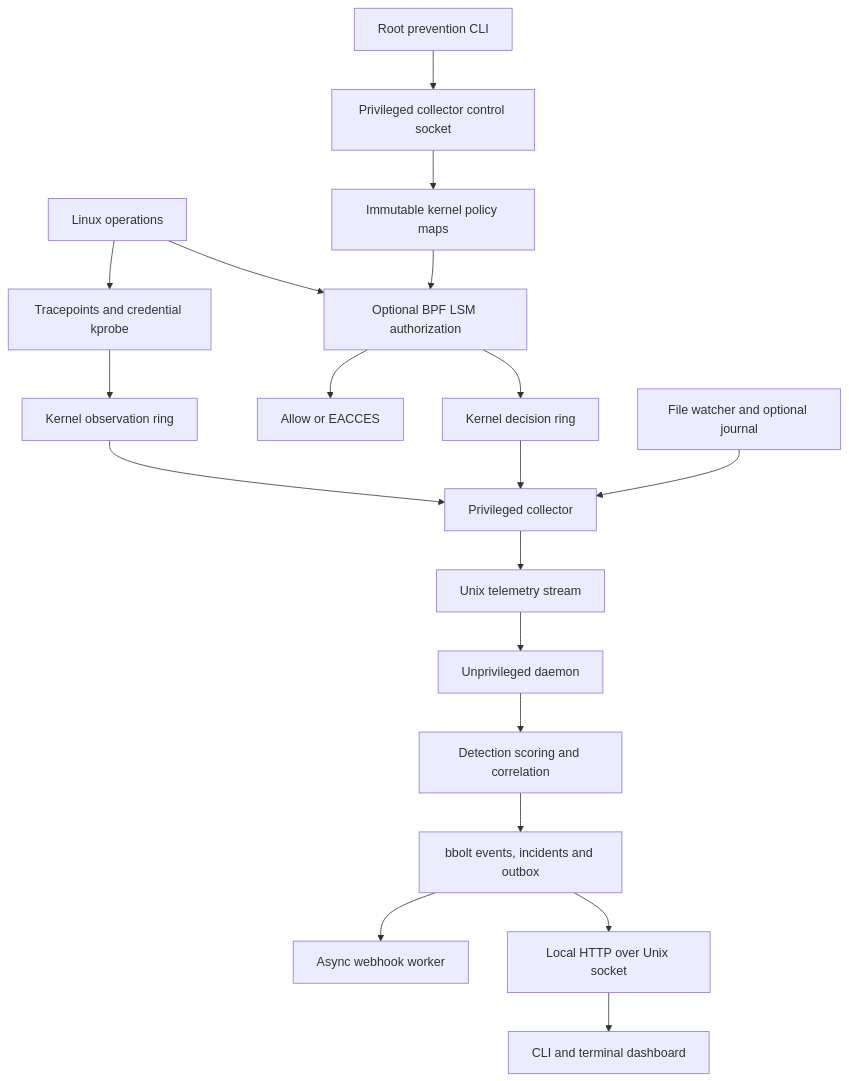
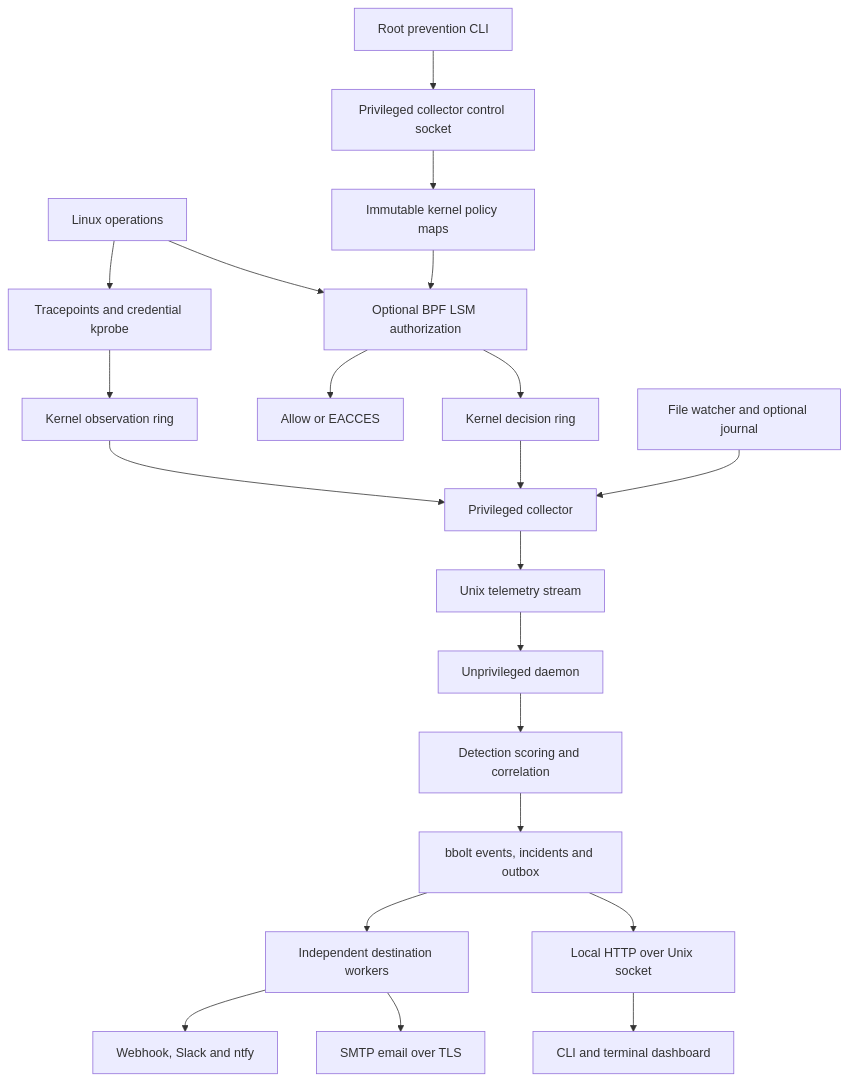
Before and after one commit to merl111/RINLock-docs: the diagram in site/docs/architecture.md, drawn with Mermaid. The commit also changed other lines of this file and 38 other files, not shown here.

````diff
--- a/site/docs/architecture.md
+++ b/site/docs/architecture.md
@@ -7,23 +7,25 @@
 ```mermaid
 flowchart TD
   accTitle: RINLock runtime architecture
   accDescr: Kernel observation and optional prevention feed a privileged collector, which sends telemetry to the unprivileged daemon for detection, storage, asynchronous notifications and the terminal dashboard.
   H[Linux operations] --> T[Tracepoints and credential kprobe]
   H --> L[Optional BPF LSM authorization]
   P[Root prevention CLI] --> C[Privileged collector control socket]
   C --> M[Immutable kernel policy maps]
   M --> L
   L --> V[Allow or EACCES]
   T --> R[Kernel observation ring]
   L --> A[Kernel decision ring]
   R --> K[Privileged collector]
   A --> K
   W[File watcher and optional journal] --> K
   K --> U[Unix telemetry stream]
   U --> D[Unprivileged daemon]
   D --> E[Detection scoring and correlation]
   E --> B[bbolt events, incidents and outbox]
-  B --> N[Async webhook worker]
+  B --> N[Independent destination workers]
+  N --> HTTP[Webhook, Slack and ntfy]
+  N --> SMTP[SMTP email over TLS]
   B --> API[Local HTTP over Unix socket]
   API --> UI[CLI and terminal dashboard]
 ```
````
